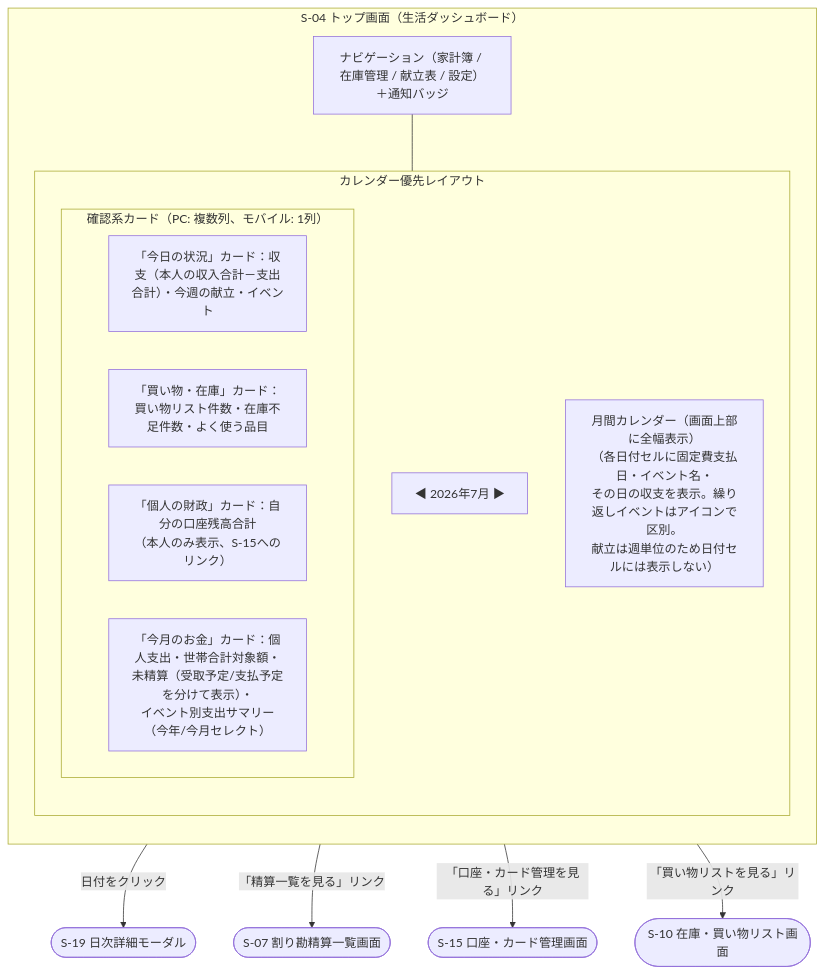
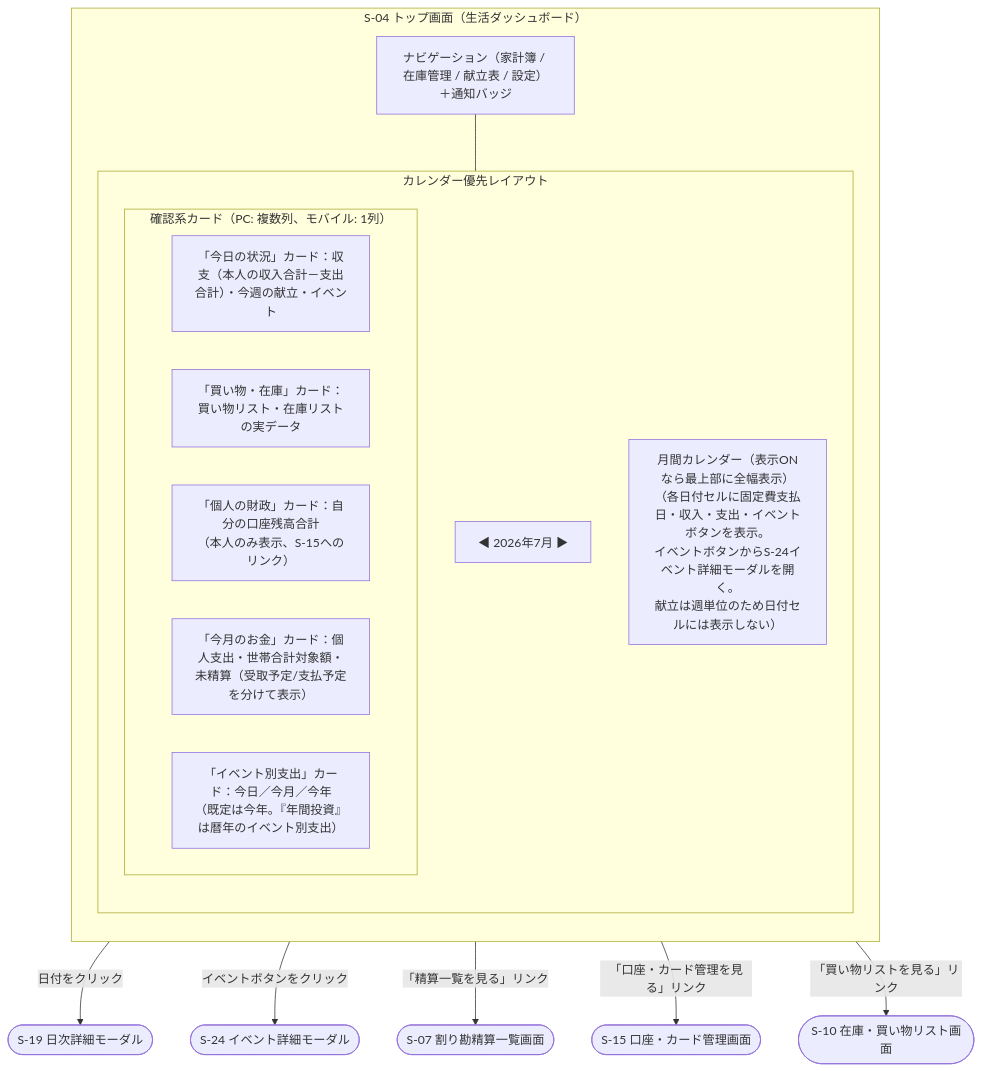
Before and after one commit to yamamotonaoki3/HomeLog: the fourth of 20 diagrams in docs/details/wireframes.md, drawn with Mermaid. The commit also changed other lines of this file and 6 other files, not shown here.

````diff
--- a/docs/details/wireframes.md
+++ b/docs/details/wireframes.md
@@ -163,24 +170,26 @@
 ```mermaid
 flowchart TD
     subgraph Screen["S-04 トップ画面（生活ダッシュボード）"]
         direction TB
         Nav["ナビゲーション（家計簿 / 在庫管理 / 献立表 / 設定）＋通知バッジ"]
         subgraph Layout["カレンダー優先レイアウト"]
             direction TB
             Header["◀ 2026年7月 ▶"]
-            Calendar["月間カレンダー（画面上部に全幅表示）\n（各日付セルに固定費支払日・イベント名・\nその日の収支を表示。繰り返しイベントはアイコンで区別。\n献立は週単位のため日付セルには表示しない）"]
+            Calendar["月間カレンダー（表示ONなら最上部に全幅表示）\n（各日付セルに固定費支払日・収入・支出・イベントボタンを表示。\nイベントボタンからS-24イベント詳細モーダルを開く。\n献立は週単位のため日付セルには表示しない）"]
             subgraph SummaryCards["確認系カード（PC: 複数列、モバイル: 1列）"]
                 direction LR
                 Today["「今日の状況」カード：収支（本人の収入合計－支出合計）・今週の献立・イベント"]
-                Stock["「買い物・在庫」カード：買い物リスト件数・在庫不足件数・よく使う品目"]
+                Stock["「買い物・在庫」カード：買い物リスト・在庫リストの実データ"]
                 Finance["「個人の財政」カード：自分の口座残高合計\n（本人のみ表示、S-15へのリンク）"]
-                Money["「今月のお金」カード：個人支出・世帯合計対象額・\n未精算（受取予定/支払予定を分けて表示）・\nイベント別支出サマリー（今年/今月セレクト）"]
+                Money["「今月のお金」カード：個人支出・世帯合計対象額・\n未精算（受取予定/支払予定を分けて表示）"]
+                EventExpenses["「イベント別支出」カード：今日／今月／今年\n（既定は今年。『年間投資』は暦年のイベント別支出）"]
             end
         end
     end
     Nav --- Layout
     Calendar -- 日付をクリック --> DayModal(["S-19 日次詳細モーダル"])
+    Calendar -- イベントボタンをクリック --> EventModal(["S-24 イベント詳細モーダル"])
     Money -- 「精算一覧を見る」リンク --> S07(["S-07 割り勘精算一覧画面"])
     Finance -- 「口座・カード管理を見る」リンク --> S15(["S-15 口座・カード管理画面"])
     Stock -- 「買い物リストを見る」リンク --> S10(["S-10 在庫・買い物リスト画面"])
 ```
````
